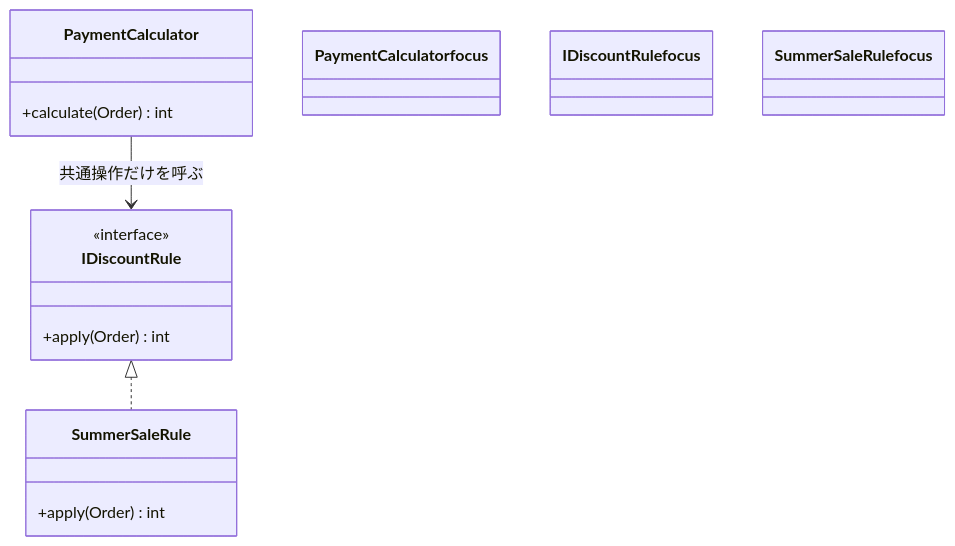
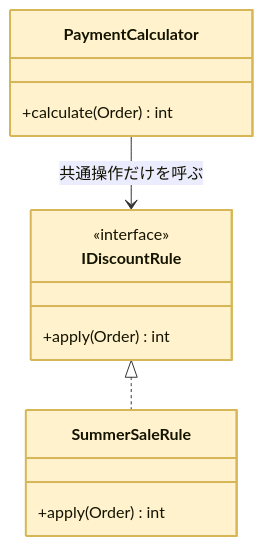
One commit to kumachan1101-pixel/DesignPattern changed the fifth of 5 diagrams in kindle/design-patterns/output/chapter00_2.md. Above: the diagram before and after it, drawn with Mermaid. The commit also changed 15 other files, not shown here.

First line of the commit message:
全章classDiagram: phantom浮きクラスを生む着色構文 class X focus を :::focus へ修正（103箇所）

````diff
--- a/kindle/design-patterns/output/chapter00_2.md
+++ b/kindle/design-patterns/output/chapter00_2.md
@@ -837,20 +837,20 @@
 ```mermaid
 classDiagram
     class PaymentCalculator {
         +calculate(Order) int
     }
     class IDiscountRule {
         <<interface>>
         +apply(Order) int
     }
     class SummerSaleRule {
         +apply(Order) int
     }
     PaymentCalculator --> IDiscountRule : 共通操作だけを呼ぶ
     IDiscountRule <|.. SummerSaleRule
 
-    class PaymentCalculator focus
-    class IDiscountRule focus
-    class SummerSaleRule focus
+    class PaymentCalculator:::focus
+    class IDiscountRule:::focus
+    class SummerSaleRule:::focus
     classDef focus fill:#fff2cc,stroke:#d6b656,stroke-width:2px
 ```
````
